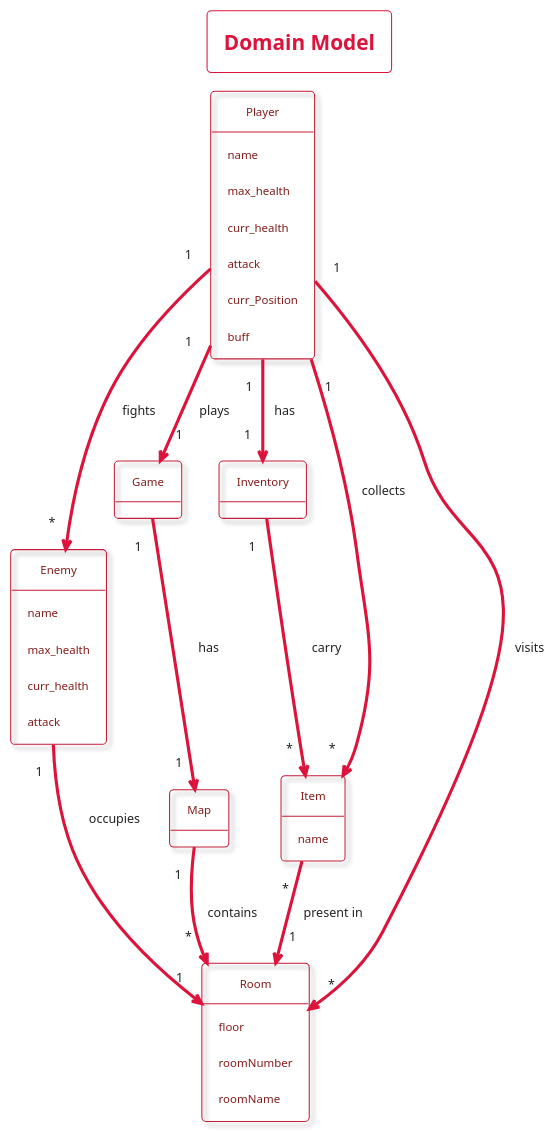
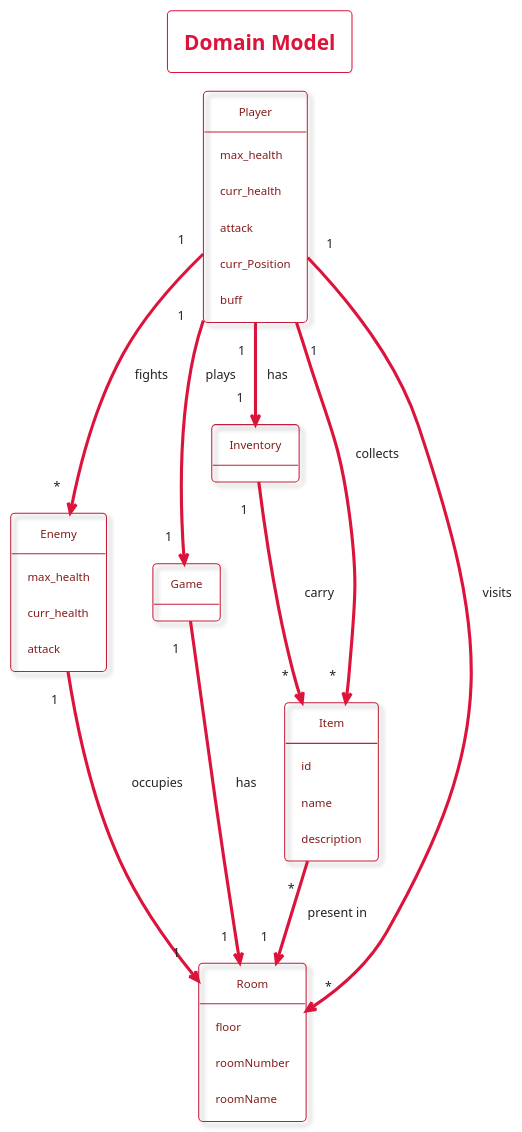
Before and after one commit to LimeiGuan/Text_Adventure_Game: the diagram in docs/uml/DomainModel.plantuml, drawn with PlantUML.

```diff
--- a/docs/uml/DomainModel.plantuml
+++ b/docs/uml/DomainModel.plantuml
@@ -1,62 +1,58 @@
 @startuml DomainModel
 
 !theme materia-outline
 
 skinparam ArrowColor #DC143C
 skinparam BackgroundColor #FFFFFF
 
 skinparam ObjectBorderColor #C41E3A
 skinparam ObjectFontColor #831D1C
 
 skinparam titleBorderColor #DC143C
 skinparam titleFontColor #DC143C
 
 title Domain Model
 
 object Player {
-  name
   max_health
   curr_health
   attack
   curr_Position
   buff
   }
   
 object Enemy{
-  name
   max_health
   curr_health
   attack
   }
 
 object Game
 
 object Inventory
 
 object Item {
+  id
   name
+  description
   }
 
 object Room {
   floor
   roomNumber
   roomName
-  }
-
-object Map{
   }
 
 
 Player "1" --> "1" Game: plays
 Player "1" --> "*" Enemy: fights
 Player "1" --> "*" Room: visits
 Player "1" --> "1" Inventory: has
 Player "1" --> "*" Item: collects
 
-Game "1" --> "1" Map: has
+Game "1" --> "1" Room: has
 Item "*" --> "1" Room: present in
 Inventory "1" --> "*" Item: carry
-Map "1" --> "*" Room: contains
 Enemy "1" --> "1" Room: occupies
 
 @enduml
```
